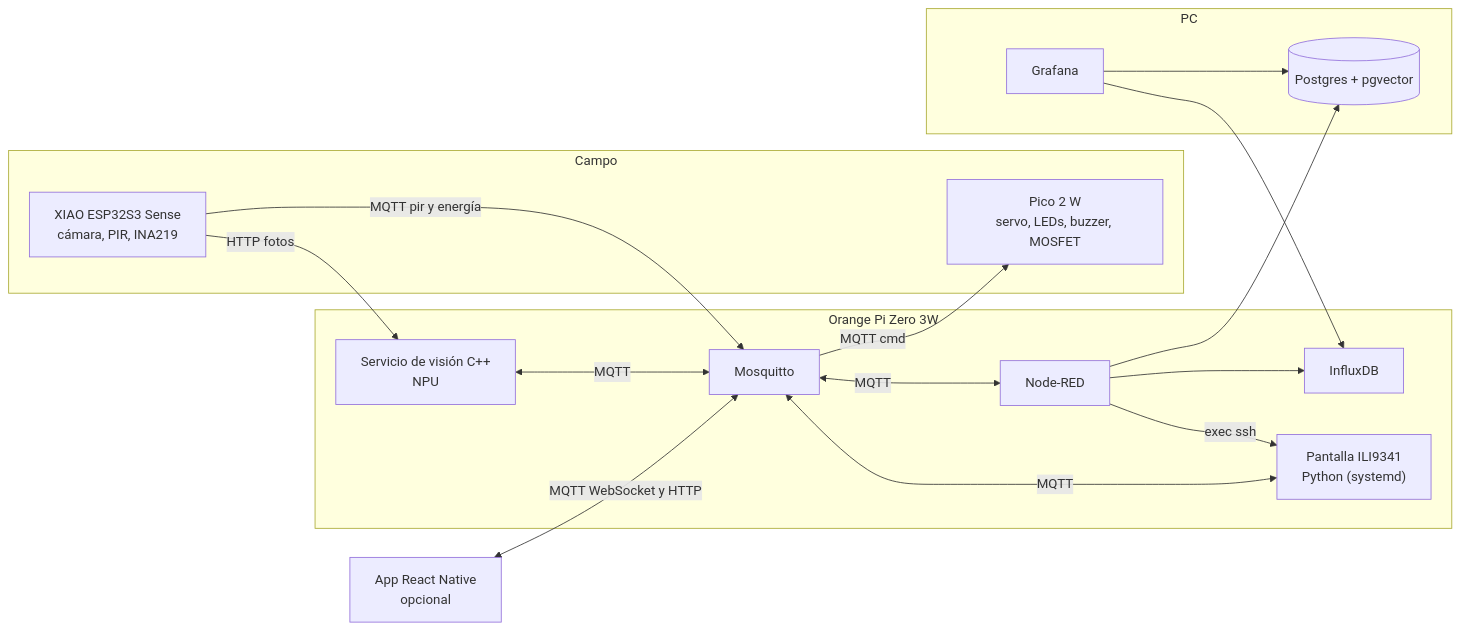
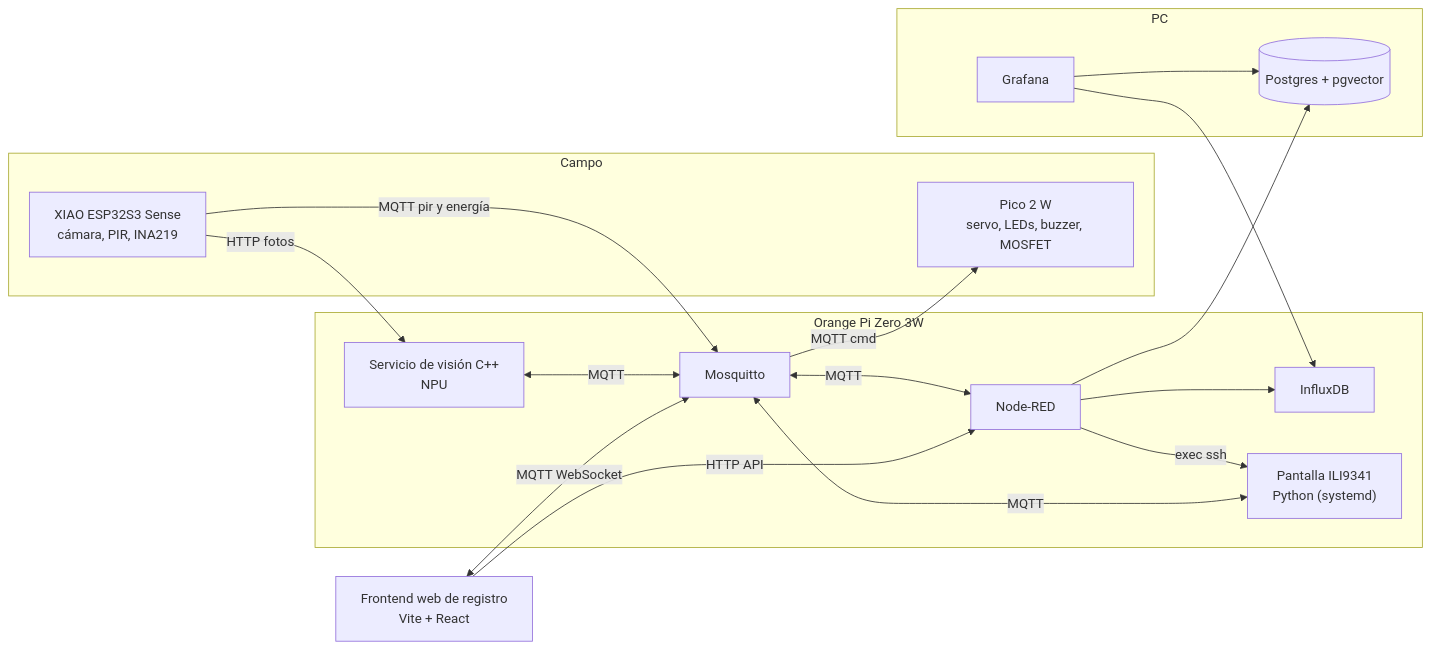
One commit to GustavoVaAsc/AutoList changed the first of 3 diagrams in docs/HIGH-LEVEL-PLAN.md. Above: the diagram before and after it, drawn with Mermaid. The commit also changed other lines of this file and 1 other file, not shown here.

Commit message:
docs(plan): Modifico la forma de ingresar datos al sistema y elimino el scope de la app móvil

````diff
--- a/docs/HIGH-LEVEL-PLAN.md
+++ b/docs/HIGH-LEVEL-PLAN.md
@@ -38,32 +38,33 @@
 ```mermaid
 flowchart LR
   subgraph Campo
     CAM["XIAO ESP32S3 Sense<br/>cámara, PIR, INA219"]
     ACT["Pico 2 W<br/>servo, LEDs, buzzer, MOSFET"]
   end
   subgraph OPi["Orange Pi Zero 3W"]
     VIS["Servicio de visión C++<br/>NPU"]
     MQ["Mosquitto"]
     NR["Node-RED"]
     IF["InfluxDB"]
     LCD["Pantalla ILI9341<br/>Python (systemd)"]
   end
   subgraph PC
     PG[("Postgres + pgvector")]
     GF["Grafana"]
   end
-  APP["App React Native<br/>opcional"]
+  WEB["Frontend web de registro<br/>Vite + React"]
 
   CAM -->|HTTP fotos| VIS
   CAM -->|MQTT pir y energía| MQ
   VIS <-->|MQTT| MQ
   MQ <-->|MQTT| NR
   NR --> IF
   NR --> PG
   NR -->|exec ssh| LCD
   LCD <-->|MQTT| MQ
   MQ -->|MQTT cmd| ACT
   GF --> IF
   GF --> PG
-  APP <-->|MQTT WebSocket y HTTP| MQ
+  WEB -->|HTTP API| NR
+  WEB <-->|MQTT WebSocket| MQ
 ```
````
